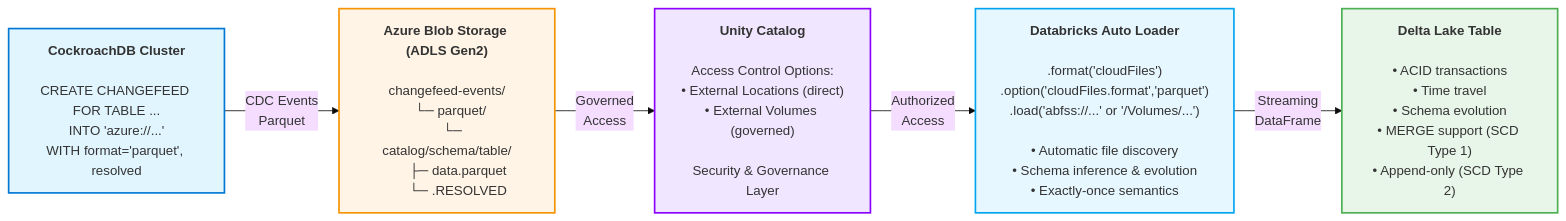
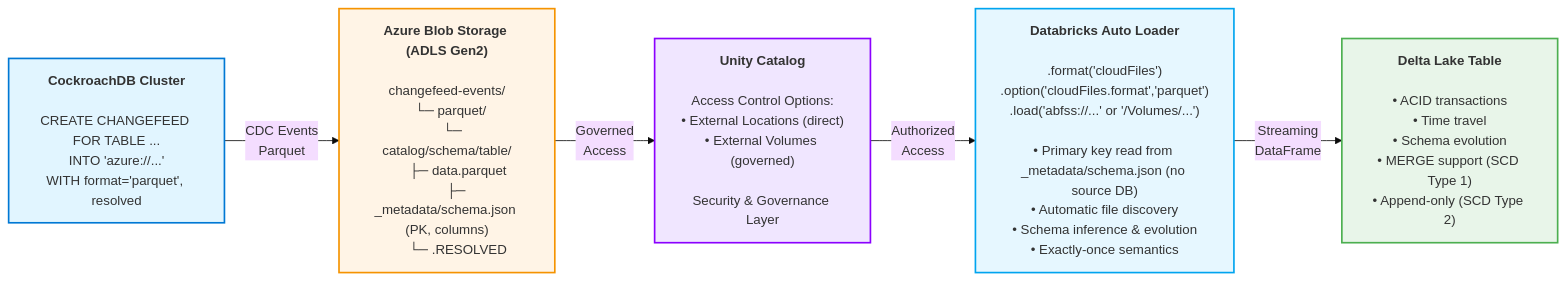
One commit to rsleedbx/crdb_to_dbx changed the diagram in docs/architecture-diagram.mmd. Above: the diagram before and after it, drawn with Mermaid (base theme). The commit also changed 8 other files, not shown here.

Commit message:
add/read pk in blob storage

```diff
--- a/docs/architecture-diagram.mmd
+++ b/docs/architecture-diagram.mmd
@@ -1,17 +1,17 @@
 flowchart LR
     A["<b>CockroachDB Cluster</b><br/><br/>CREATE CHANGEFEED FOR TABLE ...<br/>INTO 'azure://...'<br/>WITH format='parquet', resolved"]
-    B["<b>Azure Blob Storage (ADLS Gen2)</b><br/><br/>changefeed-events/<br/>  └─ parquet/<br/>    └─ catalog/schema/table/<br/>      ├─ data.parquet<br/>      └─ .RESOLVED"]
+    B["<b>Azure Blob Storage (ADLS Gen2)</b><br/><br/>changefeed-events/<br/>  └─ parquet/<br/>    └─ catalog/schema/table/<br/>      ├─ data.parquet<br/>      ├─ _metadata/schema.json (PK, columns)<br/>      └─ .RESOLVED"]
     C["<b>Unity Catalog</b><br/><br/>Access Control Options:<br/>• External Locations (direct)<br/>• External Volumes (governed)<br/><br/>Security & Governance Layer"]
-    D["<b>Databricks Auto Loader</b><br/><br/>.format('cloudFiles')<br/>.option('cloudFiles.format','parquet')<br/>.load('abfss://...' or '/Volumes/...')<br/><br/>• Automatic file discovery<br/>• Schema inference & evolution<br/>• Exactly-once semantics"]
+    D["<b>Databricks Auto Loader</b><br/><br/>.format('cloudFiles')<br/>.option('cloudFiles.format','parquet')<br/>.load('abfss://...' or '/Volumes/...')<br/><br/>• Primary key read from _metadata/schema.json (no source DB)<br/>• Automatic file discovery<br/>• Schema inference & evolution<br/>• Exactly-once semantics"]
     E["<b>Delta Lake Table</b><br/><br/>• ACID transactions<br/>• Time travel<br/>• Schema evolution<br/>• MERGE support (SCD Type 1)<br/>• Append-only (SCD Type 2)"]
 
     A -->|CDC Events<br/>Parquet| B
     B -->|Governed<br/>Access| C
     C -->|Authorized<br/>Access| D
     D -->|Streaming<br/>DataFrame| E
 
     style A fill:#e1f5ff,stroke:#0078d4,stroke-width:2px
     style B fill:#fff4e6,stroke:#f59300,stroke-width:2px
     style C fill:#f0e6ff,stroke:#8b00ff,stroke-width:2px
     style D fill:#e6f7ff,stroke:#00a4ef,stroke-width:2px
     style E fill:#e8f5e9,stroke:#4caf50,stroke-width:2px
```
